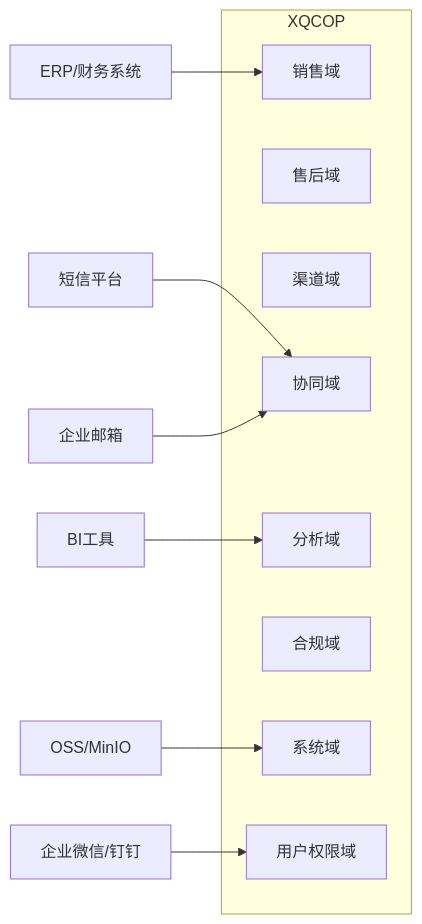
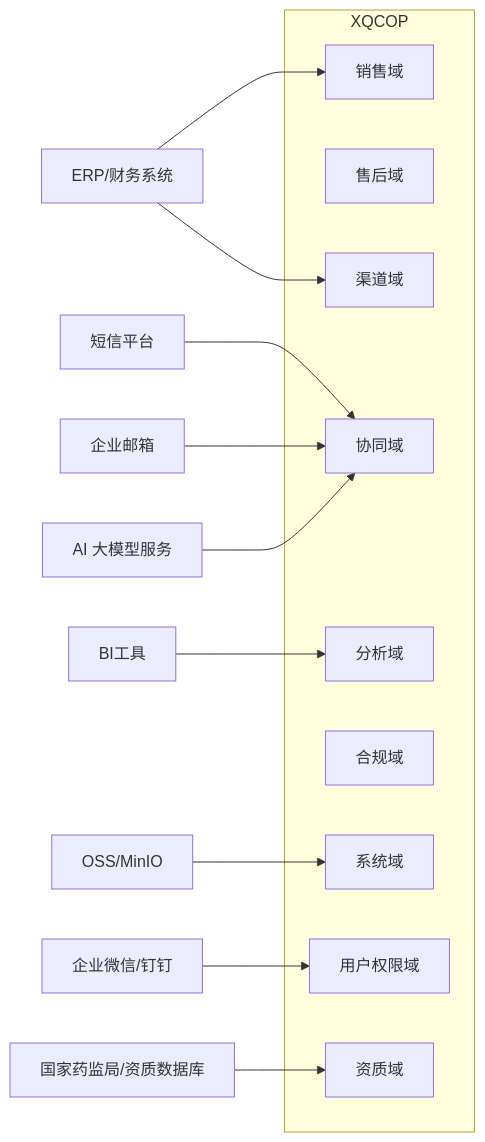
One commit to liuliangkui/new-xinqu changed the first of 11 diagrams in docs/XQCOP-领域建模方案.md. Above: the diagram before and after it, drawn with Mermaid. The commit also changed other lines of this file, not shown here.

````diff
--- a/docs/XQCOP-领域建模方案.md
+++ b/docs/XQCOP-领域建模方案.md
@@ -43,20 +44,24 @@
 ```mermaid
 graph LR
     subgraph XQCOP
         A[销售域]
         B[售后域]
         C[渠道域]
         D[协同域]
         E[分析域]
         F[合规域]
         G[系统域]
         H[用户权限域]
+        Q[资质域]
     end
 
     I[企业微信/钉钉] --> H
     J[短信平台] --> D
     K[企业邮箱] --> D
     L[OSS/MinIO] --> G
     M[ERP/财务系统] --> A
+    M[ERP/财务系统] --> C
     N[BI工具] --> E
+    O[AI 大模型服务] --> D
+    P[国家药监局/资质数据库] --> Q
 ```
````
